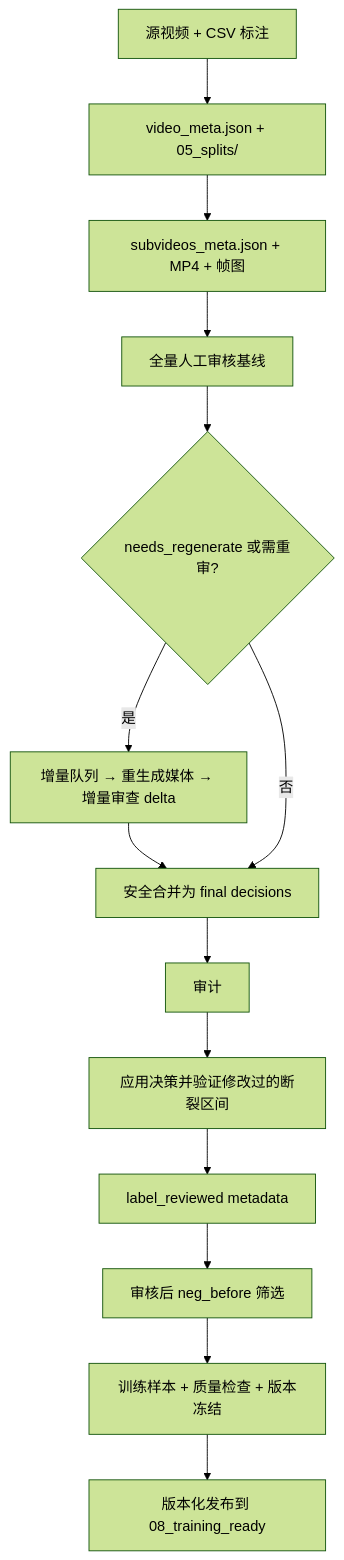
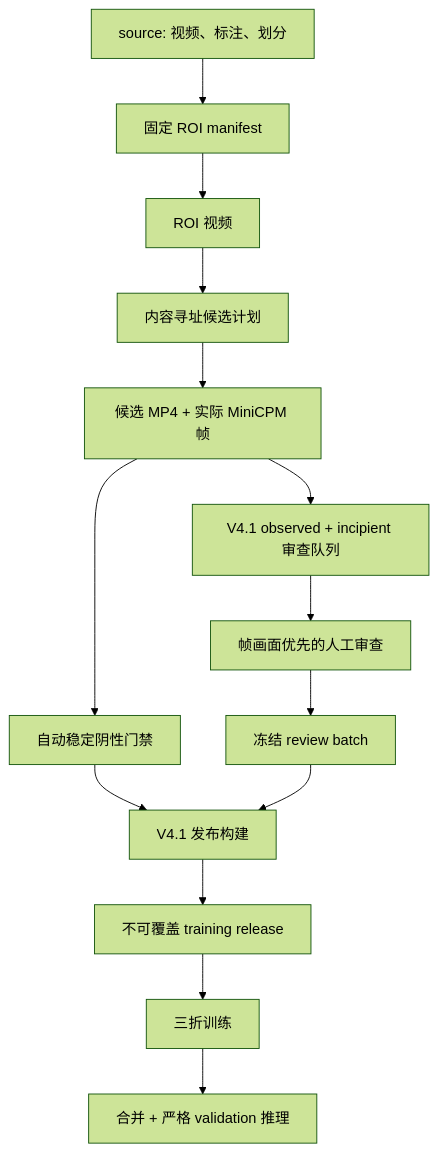
The diagram in docs/DATA_PROCESSING_RUNBOOK.md (PcOffeeP/mVllm_2), drawn with Mermaid (forest theme) before and after one commit. The commit also changed other lines of this file and 13 other files, not shown here.

Commit message:
docs: consolidate MiniCPM-V architecture research

````diff
--- a/docs/DATA_PROCESSING_RUNBOOK.md
+++ b/docs/DATA_PROCESSING_RUNBOOK.md
@@ -7,16 +27,16 @@
 ```mermaid
 flowchart TD
-  A["源视频 + CSV 标注"] --> B["video_meta.json + 05_splits/"]
-  B --> C["subvideos_meta.json + MP4 + 帧图"]
-  C --> D["全量人工审核基线"]
-  D --> E{"needs_regenerate 或需重审?"}
-  E -- "是" --> F["增量队列 → 重生成媒体 → 增量审查 delta"]
-  F --> G["安全合并为 final decisions"]
-  E -- "否" --> G
-  G --> H["审计"]
-  H --> I["应用决策并验证修改过的断裂区间"]
-  I --> J["label_reviewed metadata"]
-  J --> K["审核后 neg_before 筛选"]
-  K --> L["训练样本 + 质量检查 + 版本冻结"]
-  L --> M["版本化发布到 08_training_ready"]
+  A["source: 视频、标注、划分"] --> B["固定 ROI manifest"]
+  B --> C["ROI 视频"]
+  C --> D["内容寻址候选计划"]
+  D --> E["候选 MP4 + 实际 MiniCPM 帧"]
+  E --> F["V4.1 observed + incipient 审查队列"]
+  F --> G["帧画面优先的人工审查"]
+  E --> H["自动稳定阴性门禁"]
+  G --> I["冻结 review batch"]
+  H --> J["V4.1 发布构建"]
+  I --> J
+  J --> K["不可覆盖 training release"]
+  K --> L["三折训练"]
+  L --> M["合并 + 严格 validation 推理"]
 ```
````
